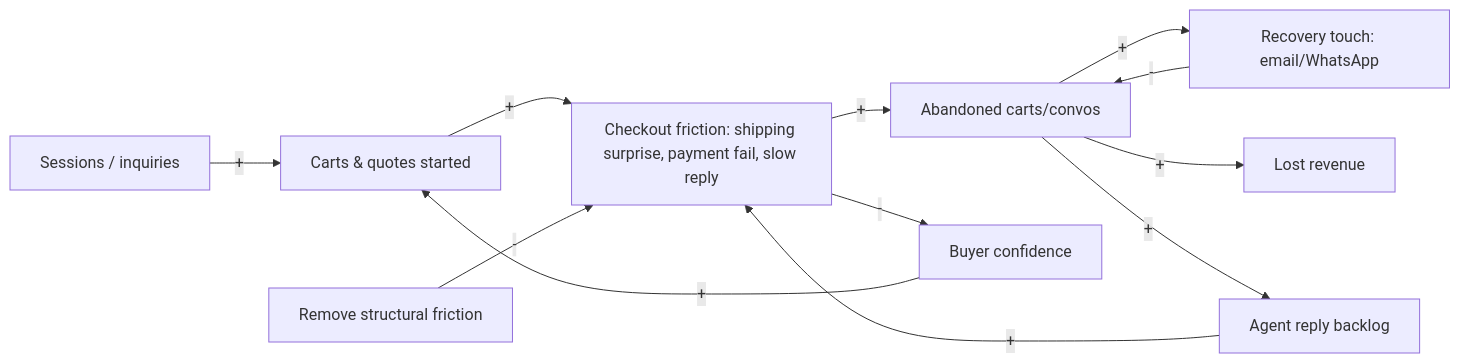
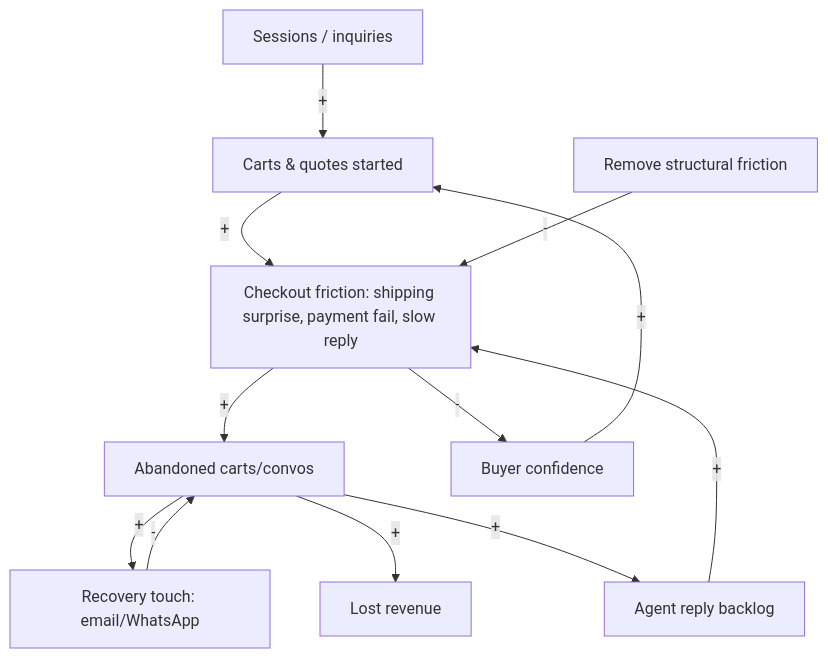
The fifth of 8 diagrams in book/05-part5-loopcycle.md (jayanthbagare/complete_book), drawn with Mermaid before and after one commit. The commit also changed other lines of this file and 9 other files, not shown here.

First line of the commit message:
Fix site layout and unreadable diagrams

````diff
--- a/book/05-part5-loopcycle.md
+++ b/book/05-part5-loopcycle.md
@@ -365,14 +365,14 @@
 ```mermaid
-graph LR
-  TRAFFIC[Sessions / inquiries] -->|+| CART[Carts & quotes started]
-  CART -->|+| FRICTION[Checkout friction: shipping surprise, payment fail, slow reply]
-  FRICTION -->|+| ABANDON[Abandoned carts/convos]
-  ABANDON -->|+| RECAP[Recovery touch: email/WhatsApp]
-  RECAP -->|-| ABANDON
-  ABANDON -->|+| LOSTREV[Lost revenue]
-  FRICTION -->|-| TRUST2[Buyer confidence]
-  TRUST2 -->|+| CART
-  SLOW[Agent reply backlog] -->|+| FRICTION
-  ABANDON -->|+| SLOW
-  FIXFRICTION[Remove structural friction] -->|-| FRICTION
+graph TD
+  TRAFFIC[Sessions / inquiries] -->|#43;| CART[Carts & quotes started]
+  CART -->|#43;| FRICTION[Checkout friction: shipping surprise, payment fail, slow reply]
+  FRICTION -->|#43;| ABANDON[Abandoned carts/convos]
+  ABANDON -->|#43;| RECAP[Recovery touch: email/WhatsApp]
+  RECAP -->|#45;| ABANDON
+  ABANDON -->|#43;| LOSTREV[Lost revenue]
+  FRICTION -->|#45;| TRUST2[Buyer confidence]
+  TRUST2 -->|#43;| CART
+  SLOW[Agent reply backlog] -->|#43;| FRICTION
+  ABANDON -->|#43;| SLOW
+  FIXFRICTION[Remove structural friction] -->|#45;| FRICTION
 ```
````
